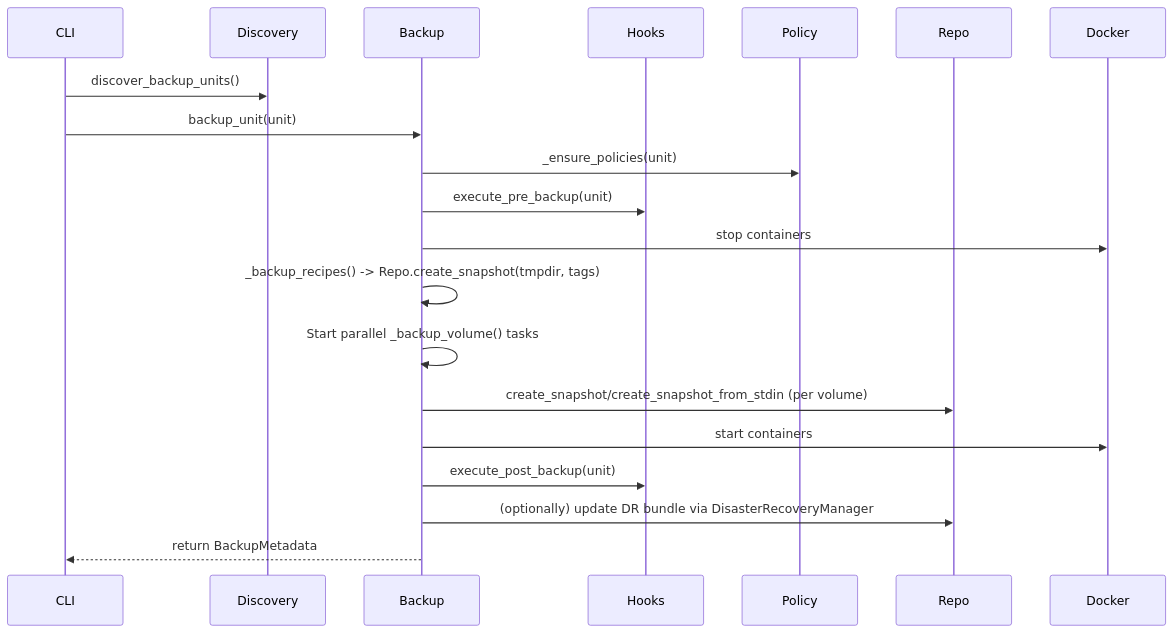
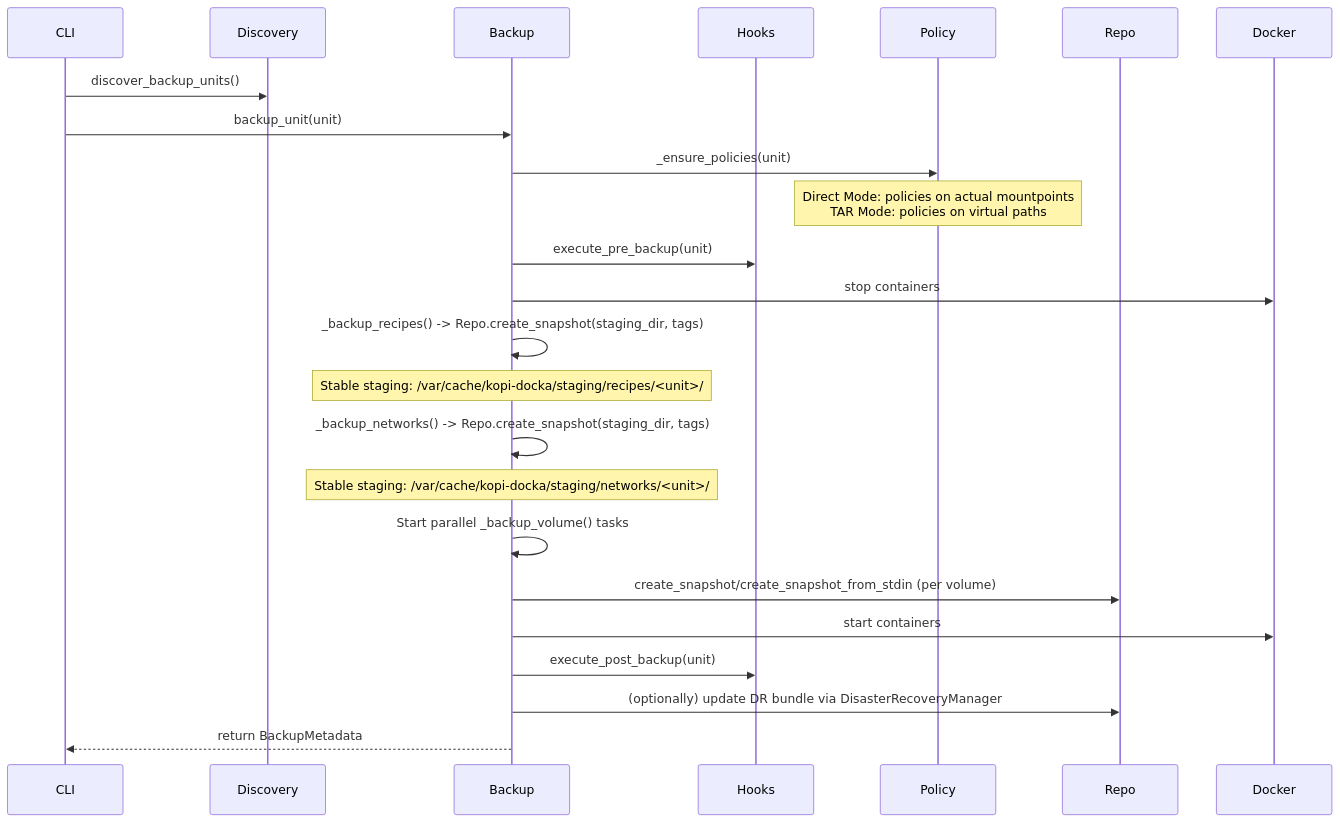
One commit to TZERO78/kopi-docka changed the fourth of 7 diagrams in docs/ARCHITECTURE.md. Above: the diagram before and after it, drawn with Mermaid. The commit also changed other lines of this file and 8 other files, not shown here.

````diff
--- a/docs/ARCHITECTURE.md
+++ b/docs/ARCHITECTURE.md
@@ -291,23 +293,27 @@
 ```mermaid
 sequenceDiagram
   participant CLI
   participant Discovery
   participant Backup
   participant Hooks
   participant Policy
   participant Repo
   participant Docker
 
   CLI->>Discovery: discover_backup_units()
   CLI->>Backup: backup_unit(unit)
   Backup->>Policy: _ensure_policies(unit)
+  Note over Policy: Direct Mode: policies on actual mountpoints<br/>TAR Mode: policies on virtual paths
   Backup->>Hooks: execute_pre_backup(unit)
   Backup->>Docker: stop containers
-  Backup->>Backup: _backup_recipes() -> Repo.create_snapshot(tmpdir, tags)
+  Backup->>Backup: _backup_recipes() -> Repo.create_snapshot(staging_dir, tags)
+  Note over Backup: Stable staging: /var/cache/kopi-docka/staging/recipes/<unit>/
+  Backup->>Backup: _backup_networks() -> Repo.create_snapshot(staging_dir, tags)
+  Note over Backup: Stable staging: /var/cache/kopi-docka/staging/networks/<unit>/
   Backup->>Backup: Start parallel _backup_volume() tasks
   Backup->>Repo: create_snapshot/create_snapshot_from_stdin (per volume)
   Backup->>Docker: start containers
   Backup->>Hooks: execute_post_backup(unit)
   Backup->>Repo: (optionally) update DR bundle via DisasterRecoveryManager
   Backup-->>CLI: return BackupMetadata
 ```
````
